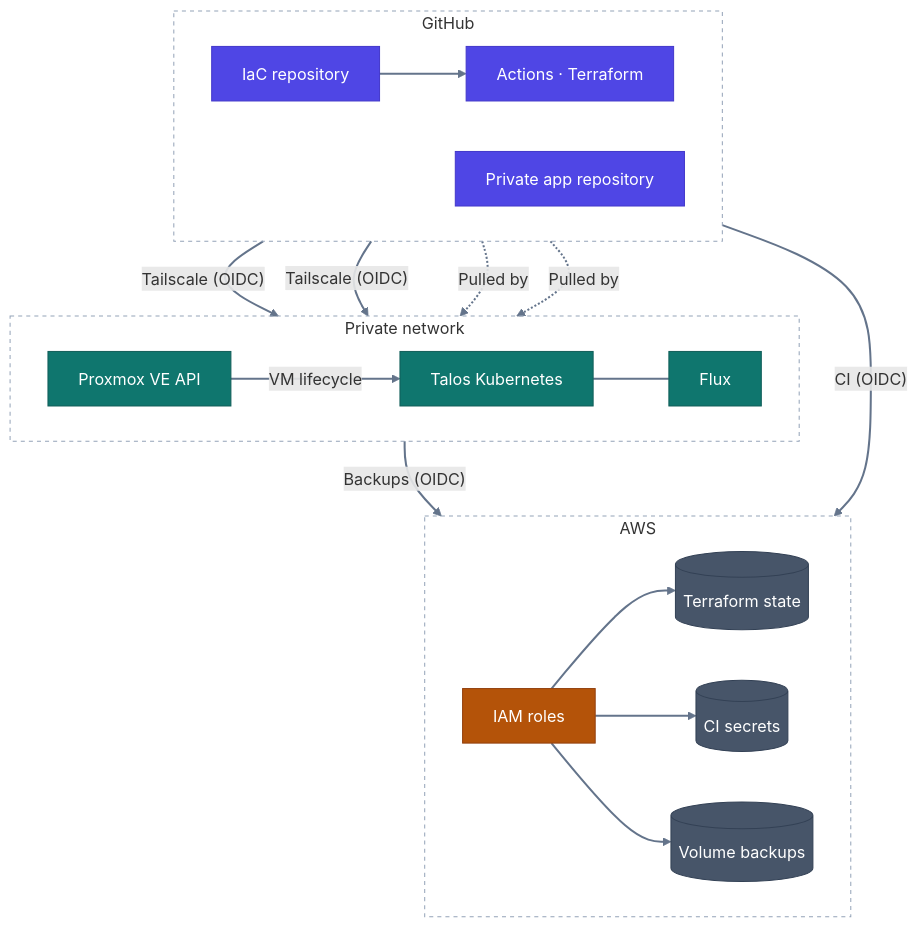
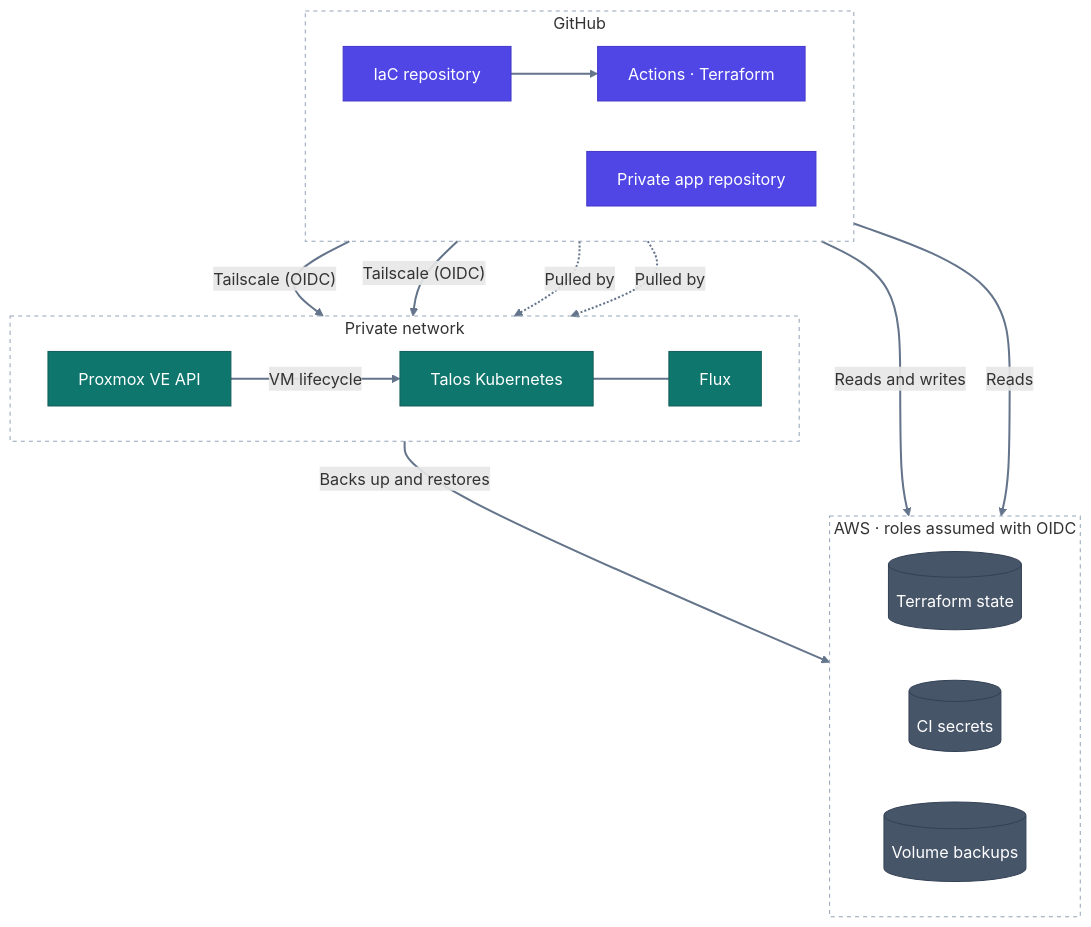
The diagram in README.md (rauland/iac), drawn with Mermaid before and after one commit.

Commit message:
Draw CI and the cluster straight to the AWS stores they use
Arrows from an IAM node to every store suggested IAM moved the data and
that each caller could reach every store. Each arrow now runs from the
caller to the store its role allows, and the AWS group notes the roles are
assumed with OIDC.

Claude-Session: https://claude.ai/code/session_01GaWU1W6epJg7bgDswMPmiT

````diff
--- a/README.md
+++ b/README.md
@@ -31,42 +31,41 @@
 ```mermaid
 flowchart TB
     subgraph github["GitHub"]
         direction LR
         repo["IaC repository"] --> actions["Actions · Terraform"]
         apps["Private app repository"]
     end
 
     subgraph homelab["Private network"]
         direction LR
         proxmox["Proxmox VE API"] -->|VM lifecycle| talos["Talos Kubernetes"]
         talos --- flux["Flux"]
     end
 
-    subgraph aws["AWS"]
+    subgraph aws["AWS · roles assumed with OIDC"]
         direction LR
-        iam["IAM roles"] --> state[("Terraform state")]
-        iam --> ssm[("CI secrets")]
-        iam --> backups[("Volume backups")]
+        state[("Terraform state")]
+        ssm[("CI secrets")]
+        backups[("Volume backups")]
     end
 
     actions -->|"Tailscale (OIDC)"| proxmox
     actions -->|"Tailscale (OIDC)"| talos
-    actions -->|"CI (OIDC)"| iam
-    talos -->|"Backups (OIDC)"| iam
+    actions -->|Reads and writes| state
+    actions -->|Reads| ssm
+    talos -->|Backs up and restores| backups
     repo -.->|Pulled by| flux
     apps -.->|Pulled by| flux
 
     classDef source fill:#4F46E5,stroke:#4338CA,color:#FFFFFF
     classDef runtime fill:#0F766E,stroke:#115E59,color:#FFFFFF
-    classDef identity fill:#B45309,stroke:#92400E,color:#FFFFFF
     classDef data fill:#475569,stroke:#334155,color:#FFFFFF
     classDef group fill:none,stroke:#94A3B8,stroke-dasharray:4 4
 
     class repo,apps,actions source
     class proxmox,talos,flux runtime
-    class iam identity
     class state,ssm,backups data
     class github,homelab,aws group
 
     linkStyle default stroke:#64748B,stroke-width:2px
 ```
````
